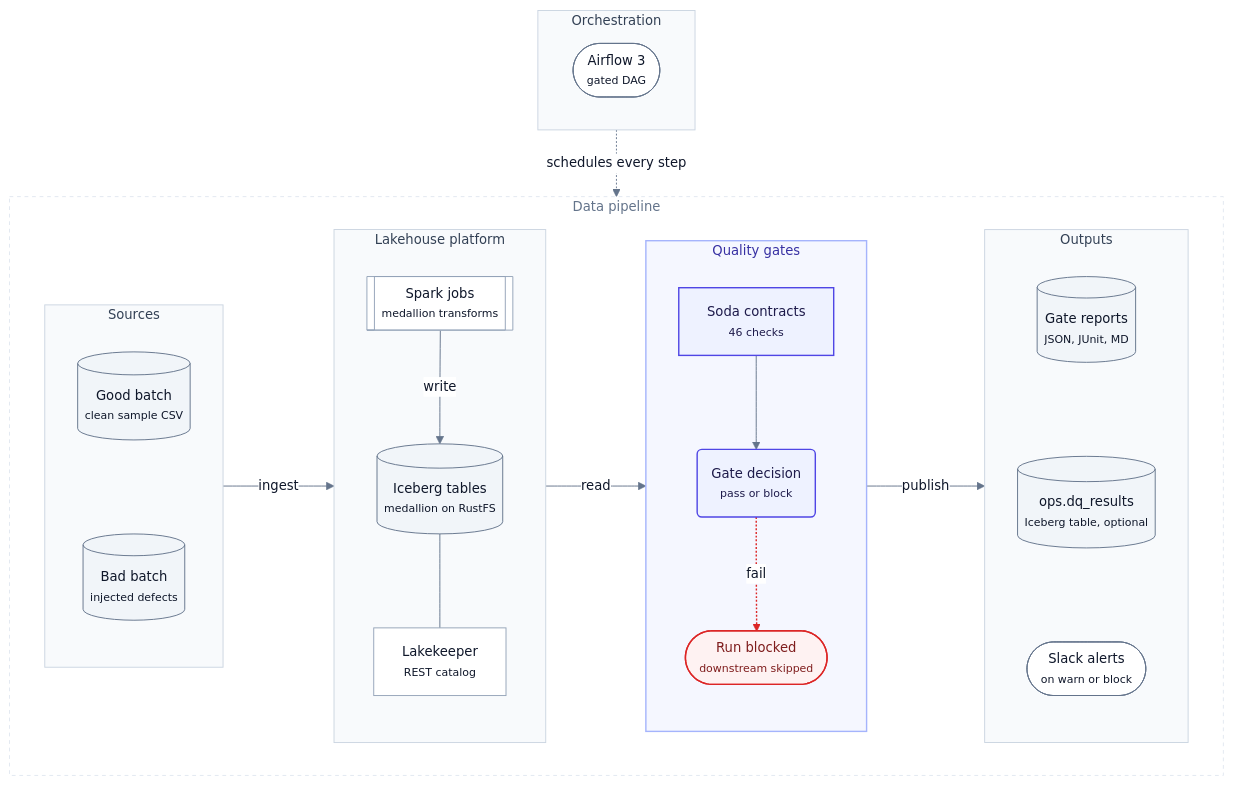
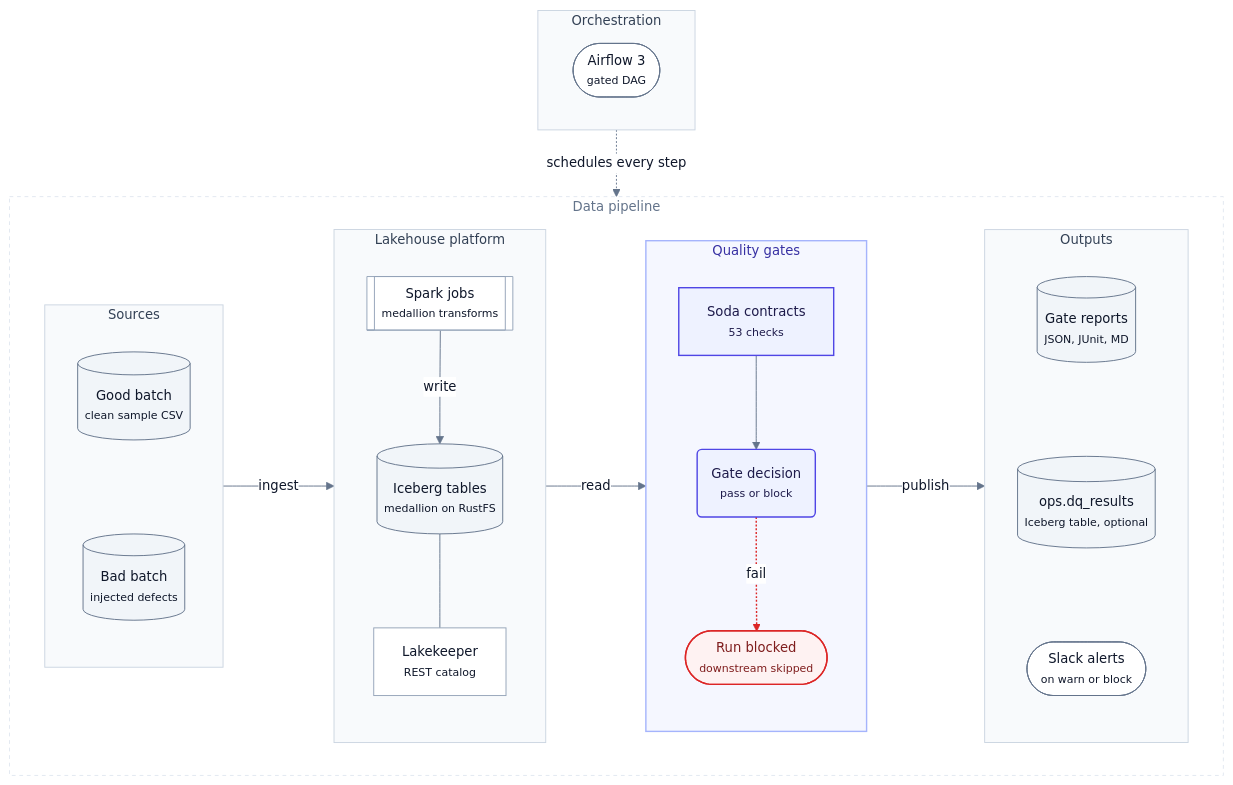
The first of 2 diagrams in README.md (santoshshinde2012/lakehouse-quality-gates), drawn with Mermaid before and after one commit. The commit also changed other lines of this file and 97 other files, not shown here.

````diff
--- a/README.md
+++ b/README.md
@@ -27,61 +27,61 @@
 ```mermaid
 %%{init: {'theme':'base','themeVariables':{'fontFamily':'Inter, system-ui, -apple-system, Segoe UI, Helvetica, Arial, sans-serif','fontSize':'14px','primaryColor':'#ffffff','primaryTextColor':'#0f172a','primaryBorderColor':'#94a3b8','secondaryColor':'#f8fafc','tertiaryColor':'#f8fafc','lineColor':'#64748b','textColor':'#0f172a','clusterBkg':'#f8fafc','clusterBorder':'#cbd5e1','titleColor':'#334155','edgeLabelBackground':'#ffffff','noteBkgColor':'#f8fafc','noteTextColor':'#0f172a','noteBorderColor':'#cbd5e1','actorBkg':'#ffffff','actorBorder':'#94a3b8','actorTextColor':'#0f172a','actorLineColor':'#94a3b8','signalColor':'#475569','signalTextColor':'#0f172a','labelBoxBkgColor':'#f8fafc','labelBoxBorderColor':'#94a3b8','labelTextColor':'#0f172a','loopTextColor':'#0f172a','activationBkgColor':'#eef2ff','activationBorderColor':'#4f46e5','sequenceNumberColor':'#ffffff','classText':'#0f172a','xyChart':{'backgroundColor':'#ffffff','plotColorPalette':'#4f46e5, #d97706, #0d9488','titleColor':'#0f172a','xAxisLabelColor':'#334155','yAxisLabelColor':'#334155','xAxisLineColor':'#94a3b8','yAxisLineColor':'#94a3b8'}}}}%%
 %% Title: System architecture
 %% Purpose: Where the quality gates sit between the lakehouse layers and what they produce
 %% Last updated: 2026-10-13
 %% Theme: docs/diagrams/THEME.md (shared init line above). Edit here, then run: make diagrams
 flowchart TB
   subgraph ORCH["Orchestration"]
     direction LR
     AF(["Airflow 3<br/><small>gated DAG</small>"]):::actor
   end
   subgraph FLOW["Data pipeline"]
     direction LR
     subgraph SRC["Sources"]
       direction TB
       CSV[("Good batch<br/><small>clean sample CSV</small>")]:::store
       BAD[("Bad batch<br/><small>injected defects</small>")]:::store
       CSV ~~~ BAD
     end
     subgraph LAKE["Lakehouse platform"]
       direction TB
       JOB[["Spark jobs<br/><small>medallion transforms</small>"]]:::node
       TBL[("Iceberg tables<br/><small>medallion on RustFS</small>")]:::store
       CAT["Lakekeeper<br/><small>REST catalog</small>"]:::node
       JOB -->|write| TBL
       TBL --- CAT
     end
     subgraph DQ["Quality gates"]
       direction TB
-      SODA["Soda contracts<br/><small>46 checks</small>"]:::ours
+      SODA["Soda contracts<br/><small>53 checks</small>"]:::ours
       GATE("Gate decision<br/><small>pass or block</small>"):::ours
       BLK(["Run blocked<br/><small>downstream skipped</small>"]):::blocked
       SODA --> GATE
       GATE -. fail .-> BLK
     end
     subgraph OUT["Outputs"]
       direction TB
       REP[("Gate reports<br/><small>JSON, JUnit, MD</small>")]:::store
       DQR[("ops.dq_results<br/><small>Iceberg table, optional</small>")]:::store
       SLK(["Slack alerts<br/><small>on warn or block</small>"]):::actor
       REP ~~~ DQR ~~~ SLK
     end
     SRC -->|ingest| LAKE
     LAKE -->|read| DQ
     DQ -->|publish| OUT
   end
   ORCH -. schedules every step .-> FLOW
   classDef node fill:#ffffff,stroke:#94a3b8,stroke-width:1px,color:#0f172a
   classDef store fill:#f1f5f9,stroke:#64748b,stroke-width:1px,color:#0f172a
   classDef ours fill:#eef2ff,stroke:#4f46e5,stroke-width:1.5px,color:#1e1b4b
   classDef actor fill:#ffffff,stroke:#64748b,stroke-width:1px,color:#0f172a
   classDef blocked fill:#fef2f2,stroke:#dc2626,stroke-width:1.5px,color:#7f1d1d
   classDef pass fill:#f0fdf4,stroke:#16a34a,stroke-width:1.5px,color:#14532d
   style ORCH fill:#f8fafc,stroke:#cbd5e1,stroke-width:1px,color:#334155
   style FLOW fill:#ffffff,stroke:#e2e8f0,stroke-width:1px,stroke-dasharray:4 4,color:#64748b
   style SRC fill:#f8fafc,stroke:#cbd5e1,stroke-width:1px,color:#334155
   style LAKE fill:#f8fafc,stroke:#cbd5e1,stroke-width:1px,color:#334155
   style DQ fill:#f5f7ff,stroke:#a5b4fc,stroke-width:1.5px,color:#3730a3
   style OUT fill:#f8fafc,stroke:#cbd5e1,stroke-width:1px,color:#334155
   linkStyle 4 stroke:#dc2626,stroke-width:1.5px
 ```
````
